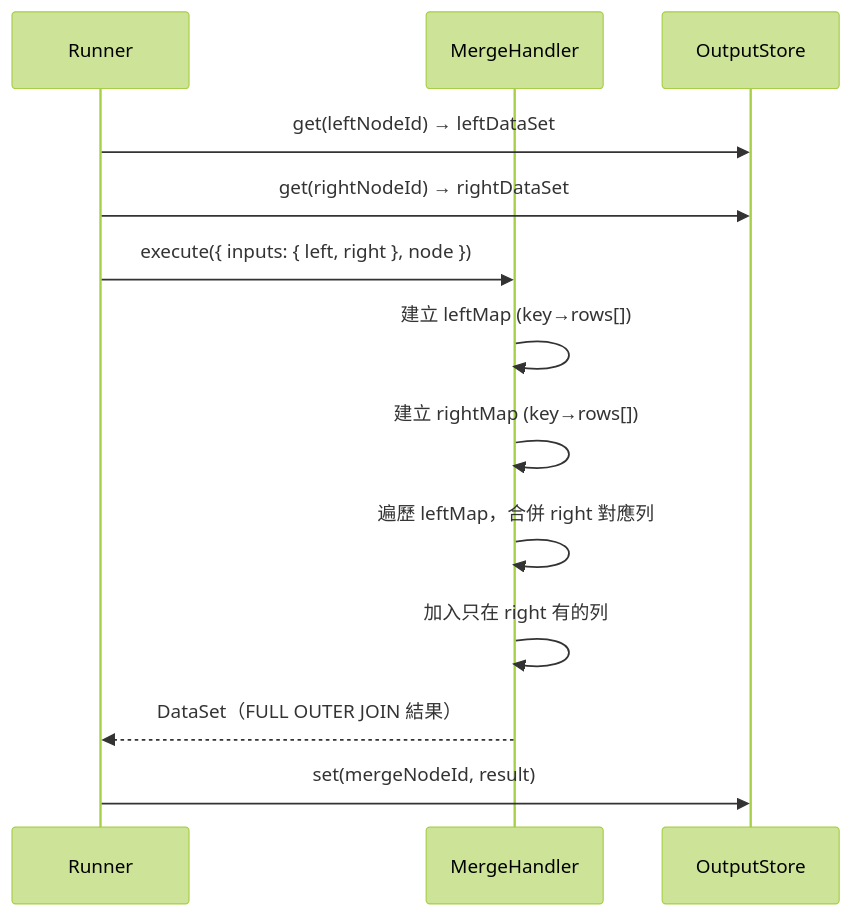
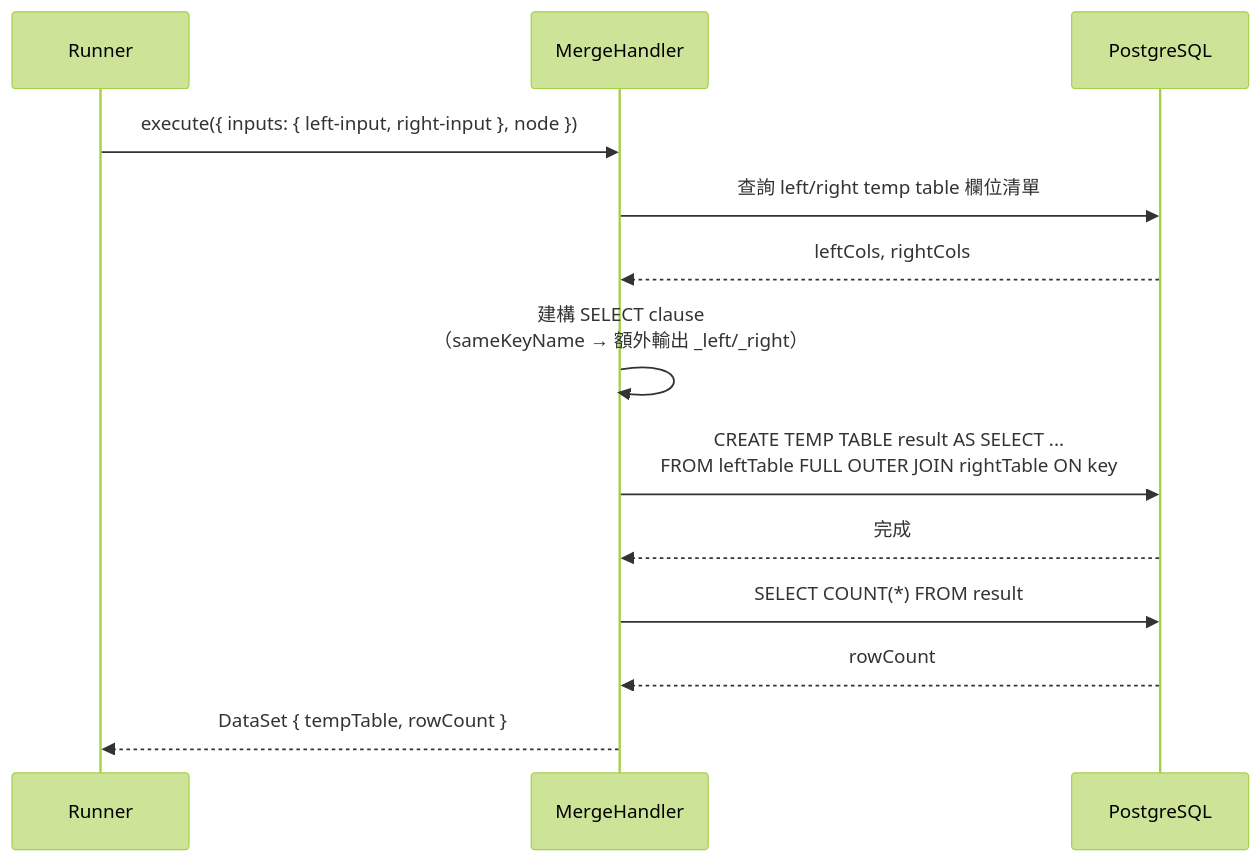
The fourth of 8 diagrams in docs/specs/etl-engine-architecture.md (wisewhalesoft/cdmp-mvp), drawn with Mermaid (forest theme) before and after one commit. The commit also changed other lines of this file and 1 other file, not shown here.

````diff
--- a/docs/specs/etl-engine-architecture.md
+++ b/docs/specs/etl-engine-architecture.md
@@ -294,16 +309,16 @@
 ```mermaid
 sequenceDiagram
     participant Runner
     participant MergeHandler
-    participant OutputStore
+    participant PG as PostgreSQL
 
-    Runner->>OutputStore: get(leftNodeId) → leftDataSet
-    Runner->>OutputStore: get(rightNodeId) → rightDataSet
-    Runner->>MergeHandler: execute({ inputs: { left, right }, node })
-    MergeHandler->>MergeHandler: 建立 leftMap (key→rows[])
-    MergeHandler->>MergeHandler: 建立 rightMap (key→rows[])
-    MergeHandler->>MergeHandler: 遍歷 leftMap，合併 right 對應列
-    MergeHandler->>MergeHandler: 加入只在 right 有的列
-    MergeHandler-->>Runner: DataSet（FULL OUTER JOIN 結果）
-    Runner->>OutputStore: set(mergeNodeId, result)
+    Runner->>MergeHandler: execute({ inputs: { left-input, right-input }, node })
+    MergeHandler->>PG: 查詢 left/right temp table 欄位清單
+    PG-->>MergeHandler: leftCols, rightCols
+    MergeHandler->>MergeHandler: 建構 SELECT clause<br/>（sameKeyName → 額外輸出 _left/_right）
+    MergeHandler->>PG: CREATE TEMP TABLE result AS SELECT ...<br/>FROM leftTable FULL OUTER JOIN rightTable ON key
+    PG-->>MergeHandler: 完成
+    MergeHandler->>PG: SELECT COUNT(*) FROM result
+    PG-->>MergeHandler: rowCount
+    MergeHandler-->>Runner: DataSet { tempTable, rowCount }
 ```
````
